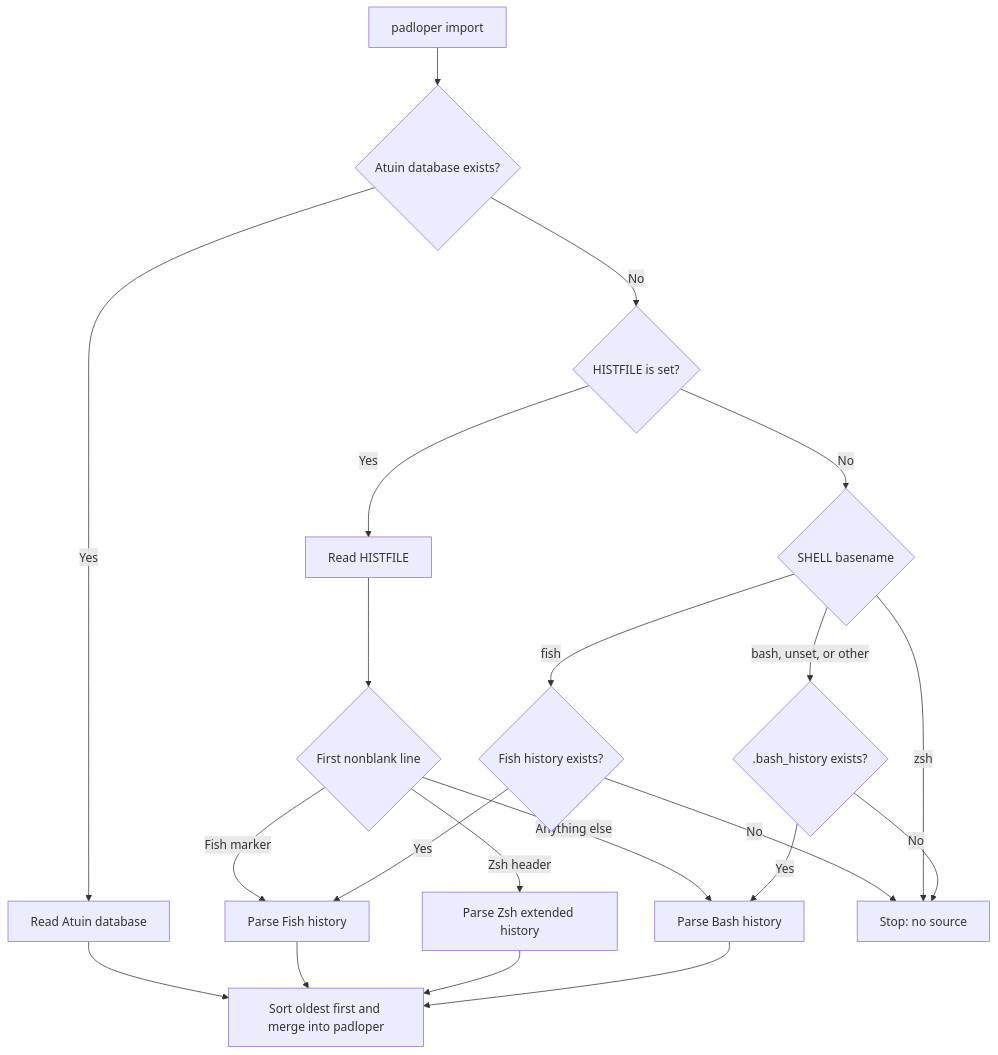
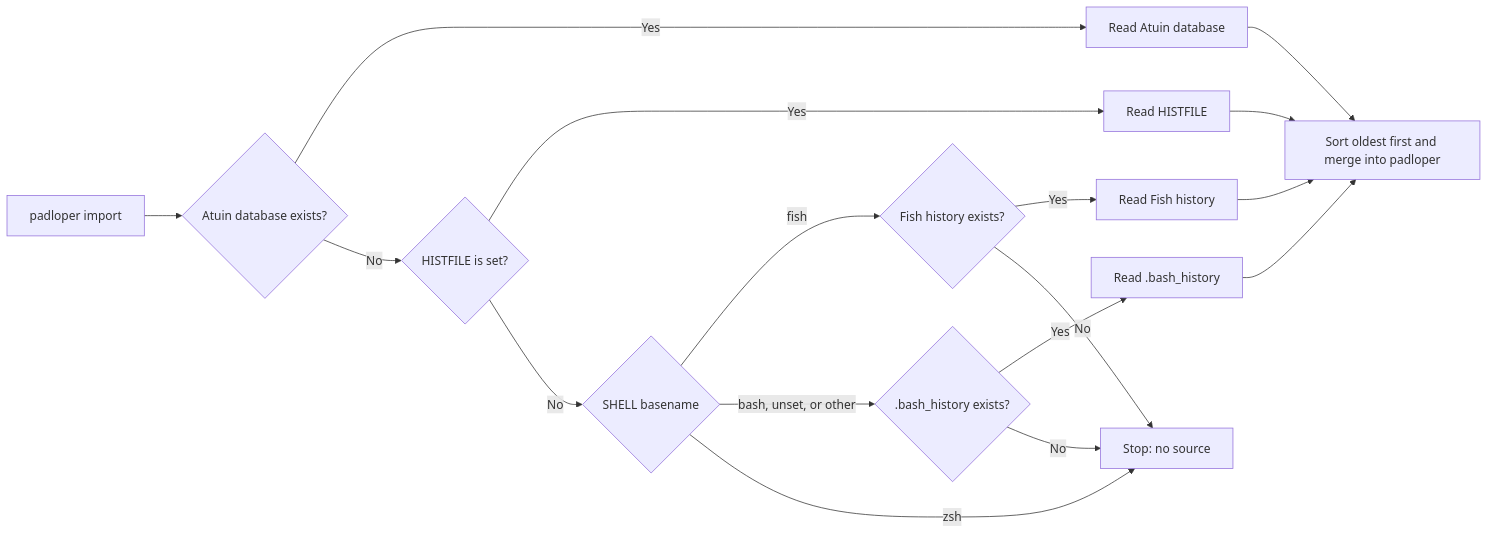
One commit to eljpsm/padloper changed the diagram in README.md. Above: the diagram before and after it, drawn with Mermaid. The commit also changed other lines of this file, not shown here.

Commit message:
Improve README diagram

````diff
--- a/README.md
+++ b/README.md
@@ -72,26 +72,21 @@
 ```mermaid
-flowchart TD
+flowchart LR
     Start["padloper import"] --> Atuin{"Atuin database exists?"}
     Atuin -- Yes --> ReadAtuin["Read Atuin database"]
     Atuin -- No --> Histfile{"HISTFILE is set?"}
-
     Histfile -- Yes --> ReadHistfile["Read HISTFILE"]
-    ReadHistfile --> Detect{"First nonblank line"}
-    Detect -- "Fish marker" --> Fish["Parse Fish history"]
-    Detect -- "Zsh header" --> Zsh["Parse Zsh extended history"]
-    Detect -- "Anything else" --> Bash["Parse Bash history"]
-
     Histfile -- No --> Shell{"SHELL basename"}
     Shell -- fish --> FishFile{"Fish history exists?"}
-    FishFile -- Yes --> Fish
-    FishFile -- No --> NoSource["Stop: no source"]
-    Shell -- zsh --> NoSource
+    FishFile -- Yes --> ReadFish["Read Fish history"]
     Shell -- "bash, unset, or other" --> BashFile{".bash_history exists?"}
-    BashFile -- Yes --> Bash
-    BashFile -- No --> NoSource
+    BashFile -- Yes --> ReadBash["Read .bash_history"]
 
     ReadAtuin --> Finish["Sort oldest first and merge into padloper"]
-    Fish --> Finish
-    Zsh --> Finish
-    Bash --> Finish
+    ReadHistfile --> Finish
+    ReadFish --> Finish
+    ReadBash --> Finish
+
+    Shell -- zsh --> NoSource["Stop: no source"]
+    FishFile -- No --> NoSource
+    BashFile -- No --> NoSource
 ```
````
